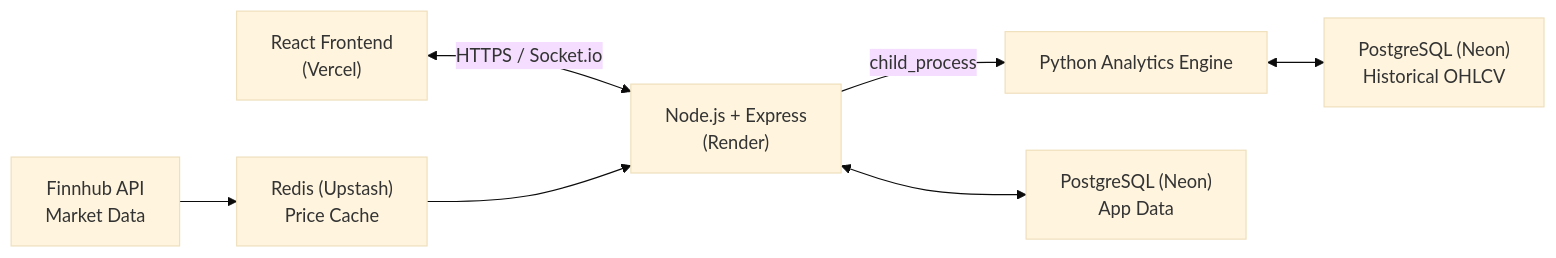
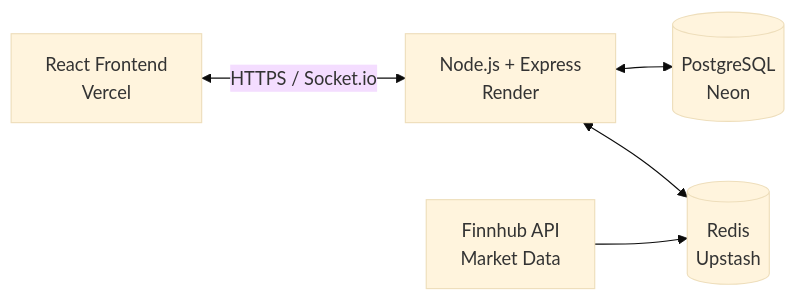
The diagram in README.md (AdarshSiingh/TradeX), drawn with Mermaid (base theme) before and after one commit. The commit also changed other lines of this file and 10 other files, not shown here.

Commit message:
docs: simplify architecture diagram and README

````diff
--- a/README.md
+++ b/README.md
@@ -45,19 +42,7 @@
 ```mermaid
 flowchart LR
-    A["React Frontend<br/>(Vercel)"]
-    B["Node.js + Express<br/>(Render)"]
-    C["Python Analytics Engine"]
-    D["PostgreSQL (Neon)<br/>App Data"]
-    E["PostgreSQL (Neon)<br/>Historical OHLCV"]
-    F["Redis (Upstash)<br/>Price Cache"]
-    G["Finnhub API<br/>Market Data"]
-
-    A <-->|HTTPS / Socket.io| B
-    B -->|child_process| C
-
-    B <--> D
-    C <--> E
-
-    G --> F
-    F --> B
+    A[React Frontend<br/>Vercel] <-->|HTTPS / Socket.io| B[Node.js + Express<br/>Render]
+    B <--> D[(PostgreSQL<br/>Neon)]
+    B <--> F[(Redis<br/>Upstash)]
+    G[Finnhub API<br/>Market Data] --> F
 ```
````
